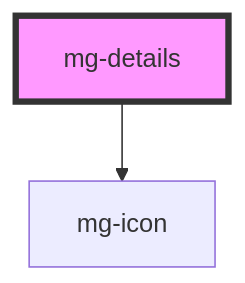
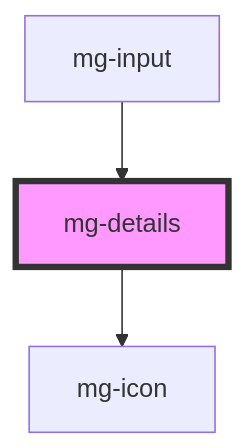
One commit to MGDIS/core-ui changed the diagram in packages/mg-components/src/components/molecules/mg-details/readme.md. Above: the diagram before and after it, drawn with Mermaid. The commit also changed other lines of this file and 46 other files, not shown here.

````diff
--- a/packages/mg-components/src/components/molecules/mg-details/readme.md
+++ b/packages/mg-components/src/components/molecules/mg-details/readme.md
@@ -84,5 +88,6 @@
 ```mermaid
 graph TD;
   mg-details --> mg-icon
+  mg-input --> mg-details
   style mg-details fill:#f9f,stroke:#333,stroke-width:4px
 ```
````
